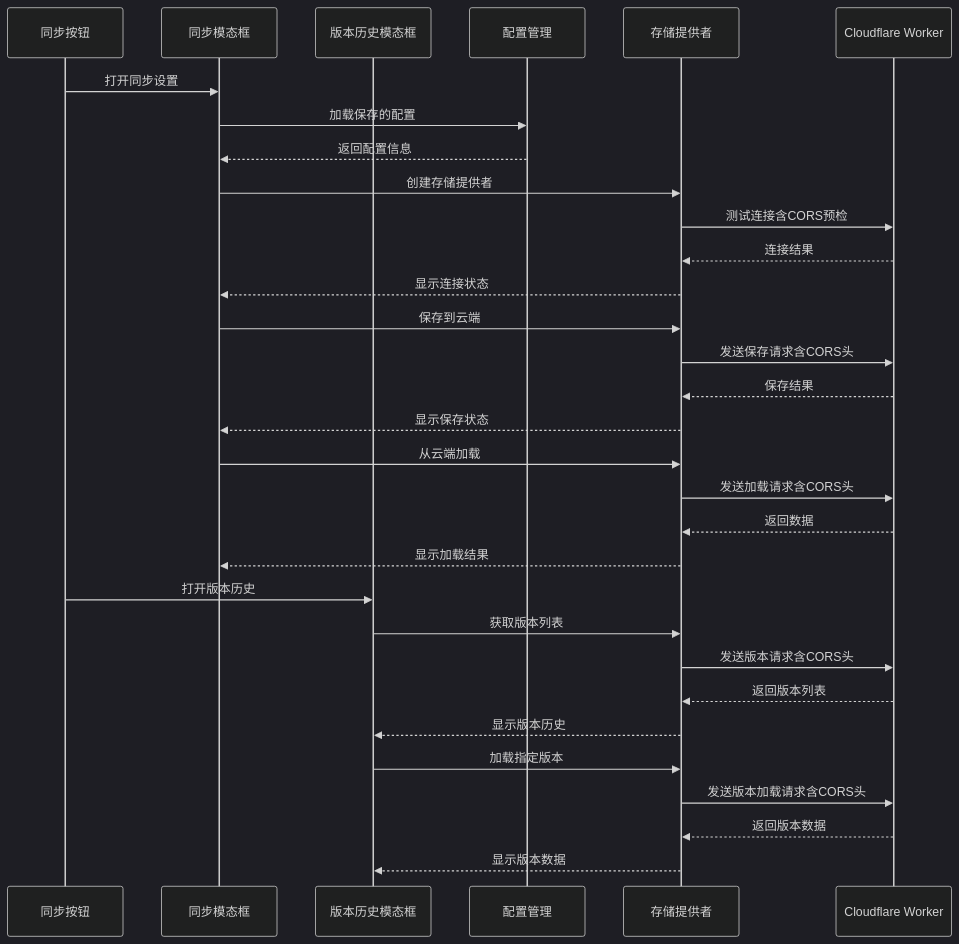
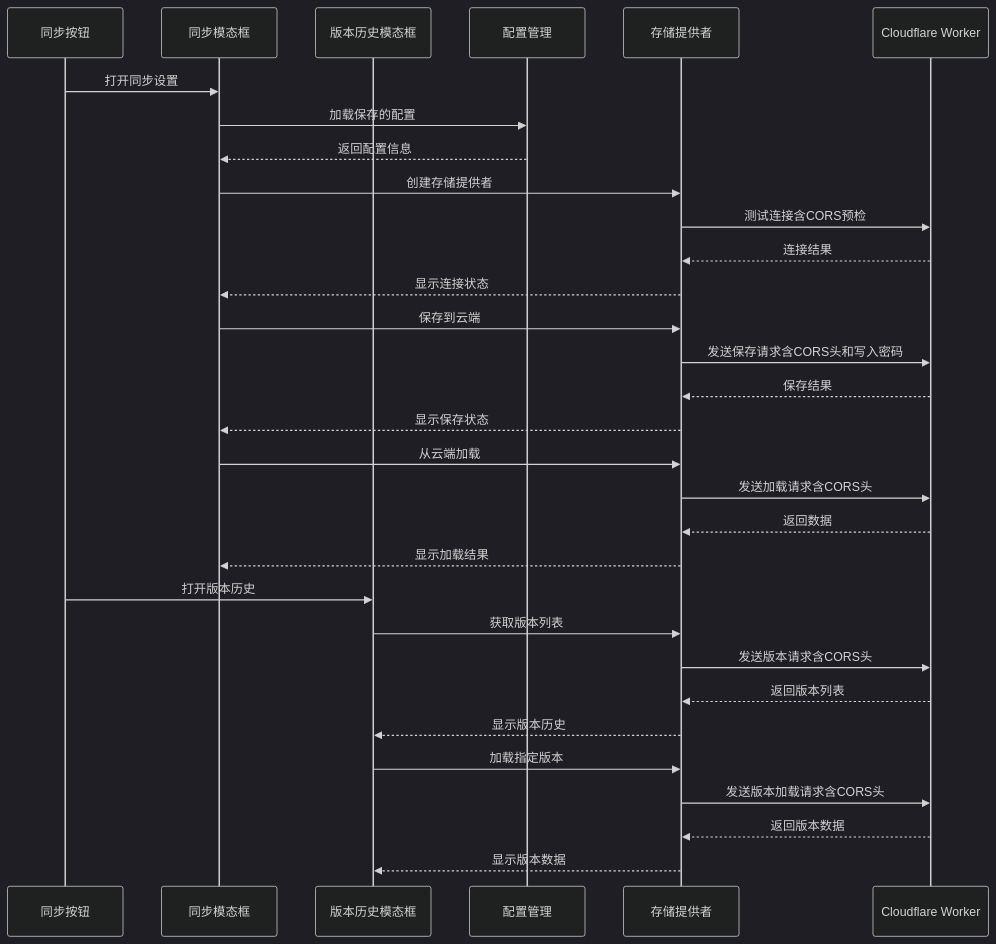
Before and after one commit to steveyu2/formula-mapper: the sixth of 14 diagrams in .qoder/repowiki/zh/content/用户指南/数据管理/云存储系统.md, drawn with Mermaid (dark theme). The commit also changed other lines of this file and 5 other files, not shown here.

````diff
--- a/.qoder/repowiki/zh/content/用户指南/数据管理/云存储系统.md
+++ b/.qoder/repowiki/zh/content/用户指南/数据管理/云存储系统.md
@@ -367,33 +380,33 @@
 ```mermaid
 sequenceDiagram
 participant Button as 同步按钮
 participant Modal as 同步模态框
 participant HistoryModal as 版本历史模态框
 participant Config as 配置管理
 participant Provider as 存储提供者
 participant Worker as Cloudflare Worker
 Button->>Modal : 打开同步设置
 Modal->>Config : 加载保存的配置
 Config-->>Modal : 返回配置信息
 Modal->>Provider : 创建存储提供者
 Provider->>Worker : 测试连接含CORS预检
 Worker-->>Provider : 连接结果
 Provider-->>Modal : 显示连接状态
 Modal->>Provider : 保存到云端
-Provider->>Worker : 发送保存请求含CORS头
+Provider->>Worker : 发送保存请求含CORS头和写入密码
 Worker-->>Provider : 保存结果
 Provider-->>Modal : 显示保存状态
 Modal->>Provider : 从云端加载
 Provider->>Worker : 发送加载请求含CORS头
 Worker-->>Provider : 返回数据
 Provider-->>Modal : 显示加载结果
 Button->>HistoryModal : 打开版本历史
 HistoryModal->>Provider : 获取版本列表
 Provider->>Worker : 发送版本请求含CORS头
 Worker-->>Provider : 返回版本列表
 Provider-->>HistoryModal : 显示版本历史
 HistoryModal->>Provider : 加载指定版本
 Provider->>Worker : 发送版本加载请求含CORS头
 Worker-->>Provider : 返回版本数据
 Provider-->>HistoryModal : 显示版本数据
 ```
````
